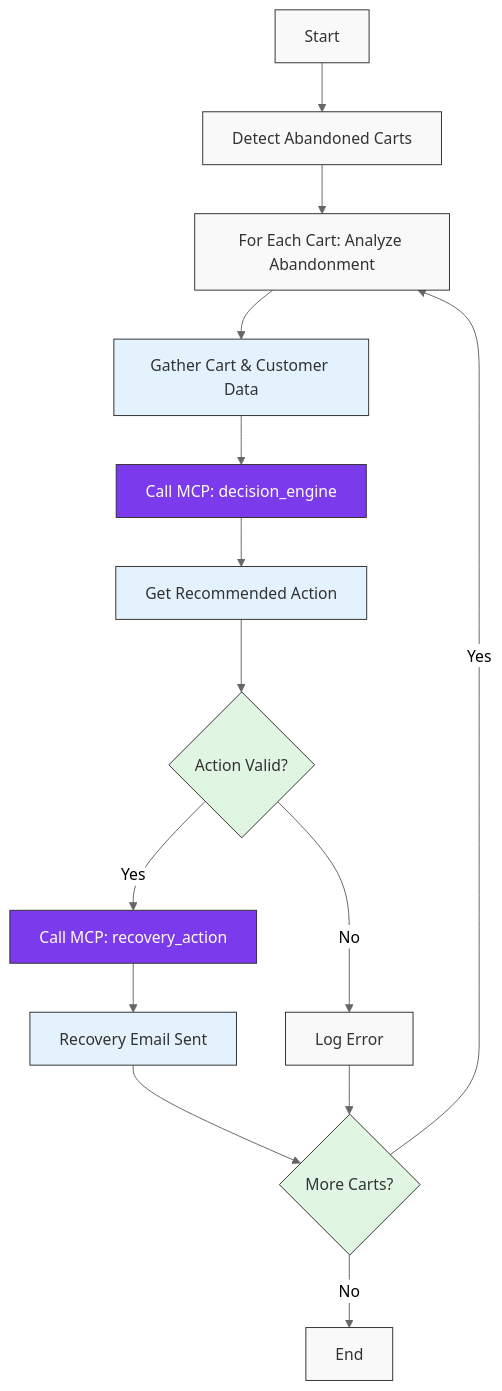
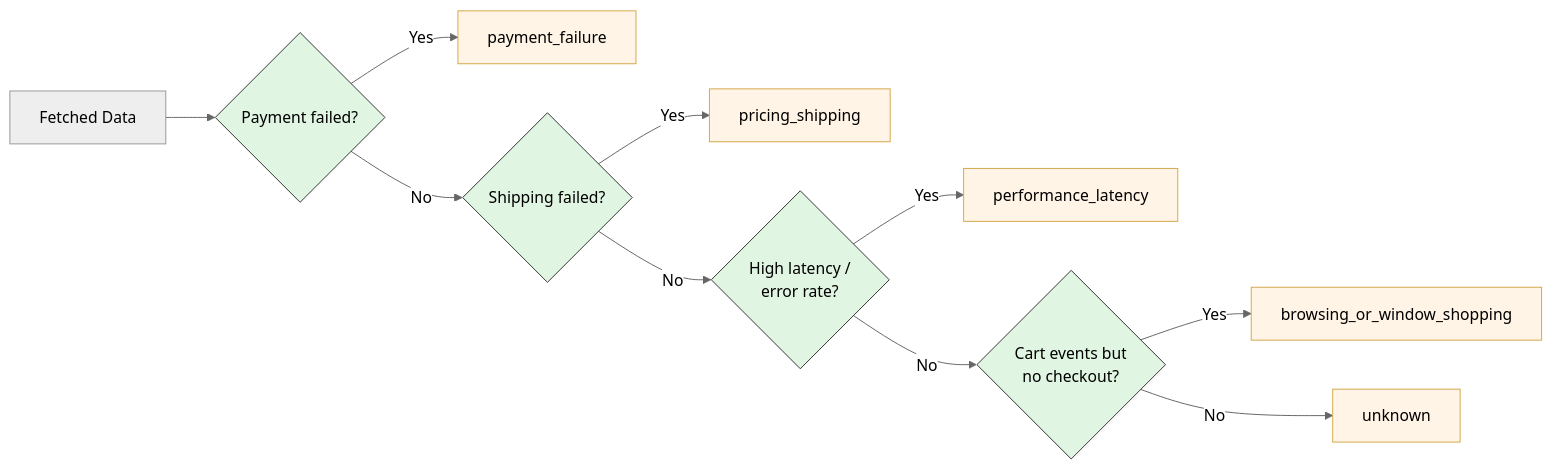
One commit to aashanashanu/ai-abandoned-cart-recovery-agent changed the second of 2 diagrams in docs/serverless_workflow_diagram.md. Above: the diagram before and after it, drawn with Mermaid (neutral theme). The commit also changed other lines of this file and 6 other files, not shown here.

Commit message:
docs: update architecture, workflow, and sample data to reflect EventBridge→Lambda→Elasticsearch flow

````diff
--- a/docs/serverless_workflow_diagram.md
+++ b/docs/serverless_workflow_diagram.md
@@ -555,24 +266,19 @@
 ```mermaid
-flowchart TD
-    A[Start] --> B[Detect Abandoned Carts]
-    B --> C[For Each Cart: Analyze Abandonment]
-    C --> D[Gather Cart & Customer Data]
-    D --> E["Call MCP: decision_engine"]
-    E --> F["Get Recommended Action"]
-    F --> G{Action Valid?}
-    G -->|Yes| H["Call MCP: recovery_action"]
-    G -->|No| I[Log Error]
-    H --> J["Recovery Email Sent"]
-    J --> K{More Carts?}
-    K -->|Yes| C
-    K -->|No| L[End]
-    I --> K
-    
-    classDef default fill:#f9f9f9,stroke:#333,color:#333
-    classDef mcp fill:#7c3aed,stroke:#333,color:#fff
-    classDef process fill:#e3f2fd,stroke:#333,color:#333
-    classDef decision fill:#e1f5e3,stroke:#333,color:#333
-    class E,H mcp
-    class D,F,J process
-    class G,K decision
+flowchart LR
+    START["Fetched Data"] --> D1{"Payment failed?"}
+    D1 -->|Yes| R1["payment_failure"]
+    D1 -->|No| D2{"Shipping failed?"}
+    D2 -->|Yes| R2["pricing_shipping"]
+    D2 -->|No| D3{"High latency /
+    error rate?"}
+    D3 -->|Yes| R3["performance_latency"]
+    D3 -->|No| D4{"Cart events but
+    no checkout?"}
+    D4 -->|Yes| R4["browsing_or_window_shopping"]
+    D4 -->|No| R5["unknown"]
+
+    classDef cause fill:#fff4e6,color:#000,stroke:#d4a84b
+    classDef check fill:#e1f5e3,color:#000,stroke:#333
+    class R1,R2,R3,R4,R5 cause
+    class D1,D2,D3,D4 check
 ```
````
